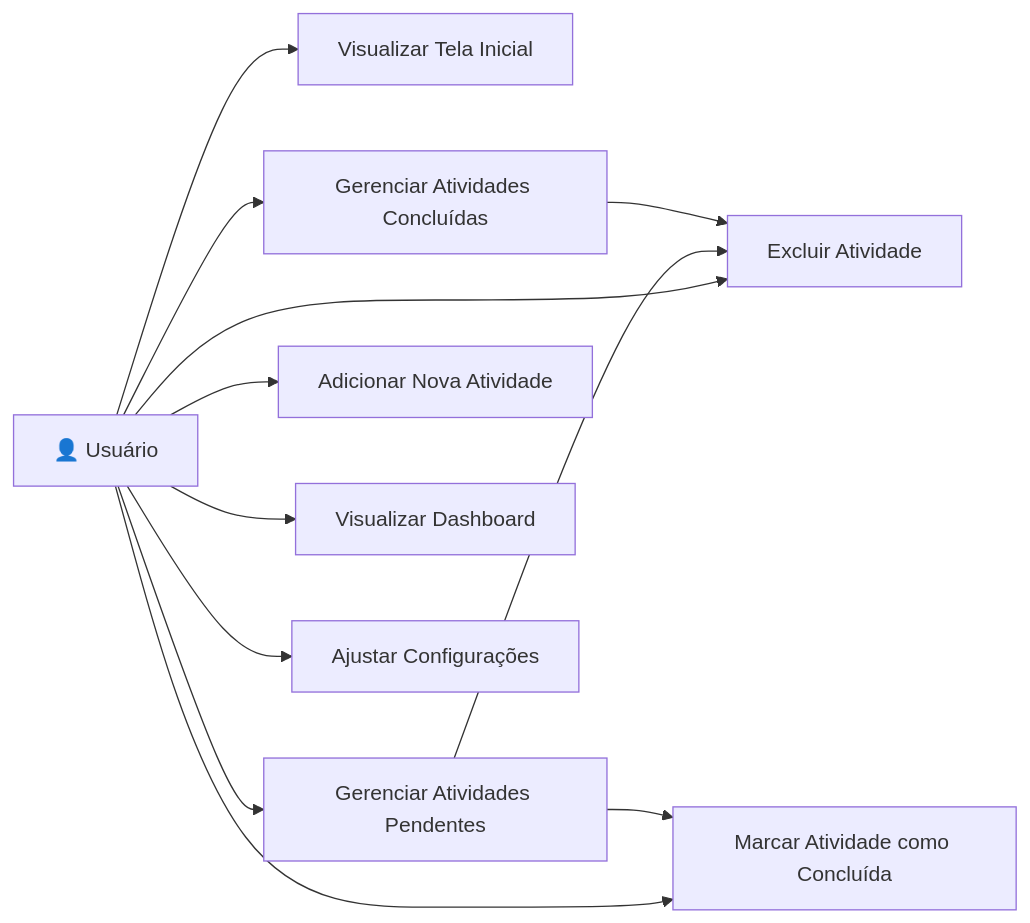
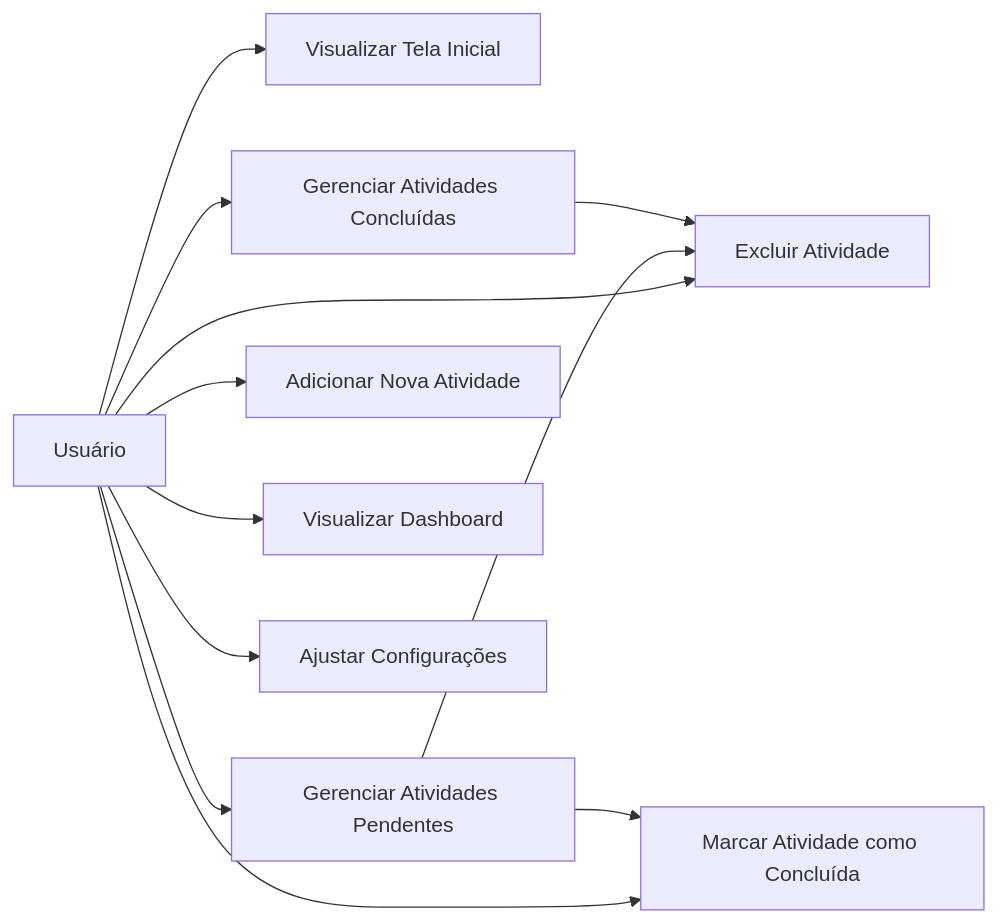
The second of 6 diagrams in README.md (LorenzoPradalMalosso/fit_life), drawn with Mermaid before and after one commit.

````diff
--- a/README.md
+++ b/README.md
@@ -369,17 +369,17 @@
 ```mermaid
 flowchart LR
-    Usuario["👤 Usuário"]
+    Usuario["Usuário"]
 
     Usuario --> UC1[Visualizar Tela Inicial]
     Usuario --> UC2[Gerenciar Atividades Pendentes]
     Usuario --> UC3[Gerenciar Atividades Concluídas]
     Usuario --> UC4[Adicionar Nova Atividade]
     Usuario --> UC5[Excluir Atividade]
     Usuario --> UC6[Marcar Atividade como Concluída]
     Usuario --> UC7[Visualizar Dashboard]
     Usuario --> UC8[Ajustar Configurações]
 
     UC2 --> UC5
     UC2 --> UC6
     UC3 --> UC5
 ```
````
